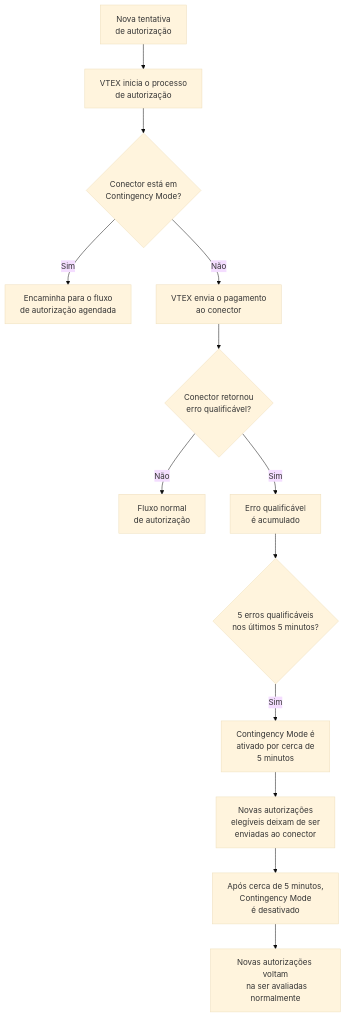
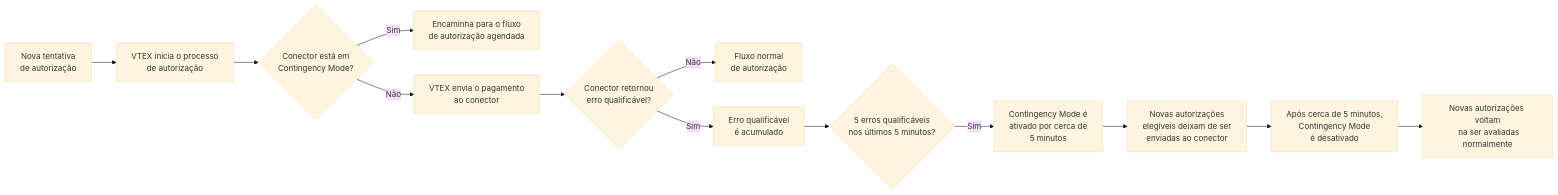
One commit to vtexdocs/help-center-content changed the first of 2 diagrams in docs/pt/tutorials/pagamentos/configurações-de-pagamentos/mode-off-faq.md. Above: the diagram before and after it, drawn with Mermaid (base theme). The commit also changed other lines of this file, not shown here.

````diff
--- a/docs/pt/tutorials/pagamentos/configurações-de-pagamentos/mode-off-faq.md
+++ b/docs/pt/tutorials/pagamentos/configurações-de-pagamentos/mode-off-faq.md
@@ -74,15 +74,15 @@
 ```mermaid
-flowchart TD
+flowchart LR
     A["Nova tentativa\nde autorização"] --> B["VTEX inicia o processo\nde autorização"]
     B --> C{"Conector está em\nContingency Mode?"}
     C -- "Sim" --> D["Encaminha para o fluxo\nde autorização agendada"]
     C -- "Não" --> E["VTEX envia o pagamento\nao conector"]
     E --> F{"Conector retornou\nerro qualificável?"}
     F -- "Não" --> G["Fluxo normal\nde autorização"]
     F -- "Sim" --> H["Erro qualificável\né acumulado"]
     H --> I{"5 erros qualificáveis\nnos últimos 5 minutos?"}
     I -- "Sim" --> J["Contingency Mode é \nativado por cerca de \n5 minutos"]
     J --> K["Novas autorizações \nelegíveis deixam de ser \nenviadas ao conector"]
     K --> L["Após cerca de 5 minutos,\nContingency Mode\né desativado"]
     L --> M["Novas autorizações voltam\n na ser avaliadas\nnormalmente"]
 ```
````
